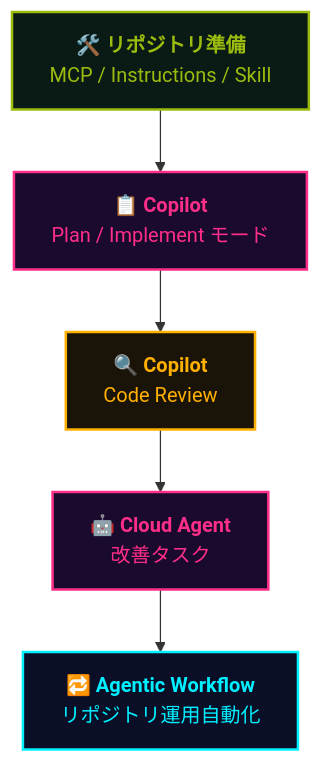
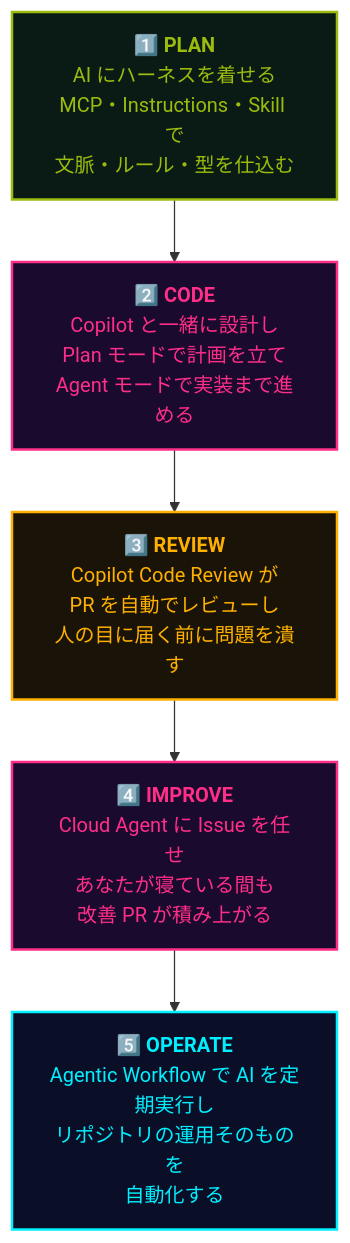
One commit to theomonfort/theomonfort changed the diagram in src/content/playbook/ja/hands-on.md. Above: the diagram before and after it, drawn with Mermaid. The commit also changed other lines of this file and 13 other files, not shown here.

````diff
--- a/src/content/playbook/ja/hands-on.md
+++ b/src/content/playbook/ja/hands-on.md
@@ -57,19 +50,19 @@
 ```mermaid
 flowchart TB
-  Prep["🛠️ <b>リポジトリ準備</b><br/>MCP / Instructions / Skill"]
-  Plan["📋 <b>Copilot</b><br/>Plan / Implement モード"]
-  Review["🔍 <b>Copilot</b><br/>Code Review"]
-  Improve["🤖 <b>Cloud Agent</b><br/>改善タスク"]
-  Maint["🔁 <b>Agentic Workflow</b><br/>リポジトリ運用自動化"]
+  Plan["1️⃣ <b>PLAN</b><br/>AI にハーネスを着せる<br/>MCP・Instructions・Skill で<br/>文脈・ルール・型を仕込む"]
+  Code["2️⃣ <b>CODE</b><br/>Copilot と一緒に設計し<br/>Plan モードで計画を立て<br/>Agent モードで実装まで進める"]
+  Review["3️⃣ <b>REVIEW</b><br/>Copilot Code Review が<br/>PR を自動でレビューし<br/>人の目に届く前に問題を潰す"]
+  Improve["4️⃣ <b>IMPROVE</b><br/>Cloud Agent に Issue を任せ<br/>あなたが寝ている間も<br/>改善 PR が積み上がる"]
+  Operate["5️⃣ <b>OPERATE</b><br/>Agentic Workflow で AI を定期実行し<br/>リポジトリの運用そのものを<br/>自動化する"]
 
-  Prep --> Plan --> Review --> Improve --> Maint
+  Plan --> Code --> Review --> Improve --> Operate
 
   classDef prep fill:#0a1a14,stroke:#9bbc0f,color:#9bbc0f,stroke-width:2px
   classDef dev  fill:#1a0a2e,stroke:#ff2e88,color:#ff2e88,stroke-width:2px
   classDef rev  fill:#1a1408,stroke:#ffb000,color:#ffb000,stroke-width:2px
   classDef ops  fill:#0a0e27,stroke:#00f0ff,color:#00f0ff,stroke-width:2px
-  class Prep prep
-  class Plan,Improve dev
+  class Plan prep
+  class Code,Improve dev
   class Review rev
-  class Maint ops
+  class Operate ops
 ```
````
